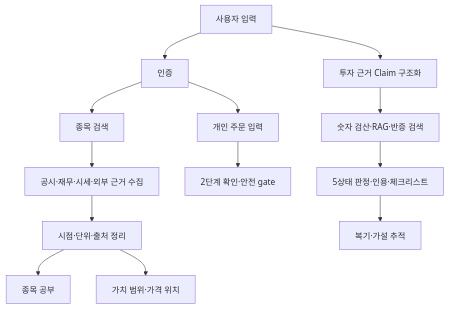
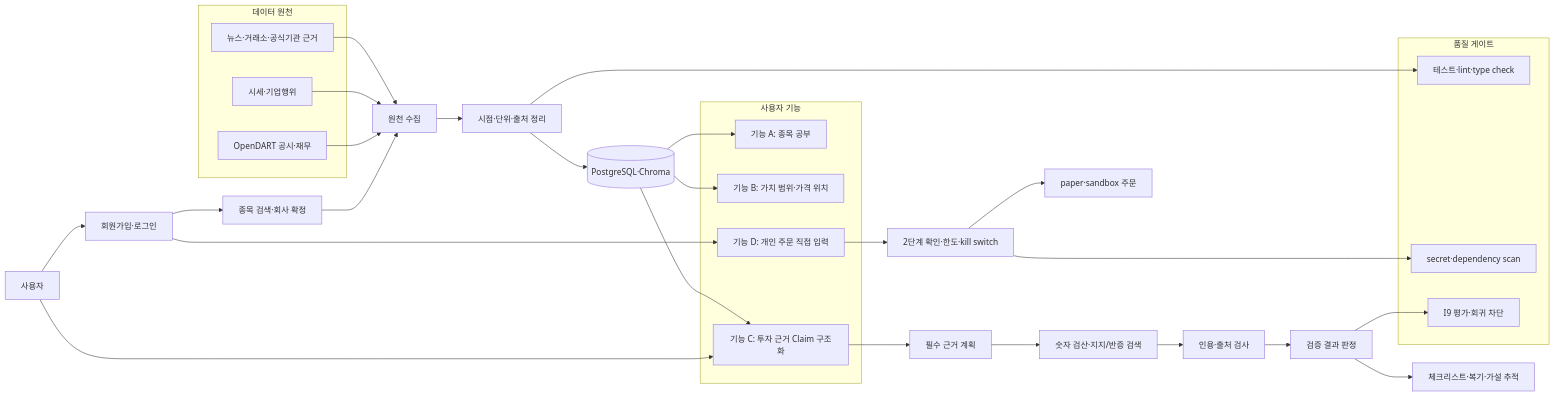
The diagram in README.md (connect-AIAgentChallenge-26-1/hub), drawn with Mermaid before and after one commit.

````diff
--- a/README.md
+++ b/README.md
@@ -17,15 +17,50 @@
 ```mermaid
-flowchart TD
-  User[사용자 입력] --> Auth[인증]
-  Auth --> Search[종목 검색]
-  Search --> Data[공시·재무·시세·외부 근거 수집]
-  Data --> Normalize[시점·단위·출처 정리]
-  Normalize --> Study[종목 공부]
-  Normalize --> Value[가치 범위·가격 위치]
-  User --> Claim[투자 근거 Claim 구조화]
-  Claim --> Verify[숫자 검산·RAG·반증 검색]
-  Verify --> Result[5상태 판정·인용·체크리스트]
-  Result --> Review[복기·가설 추적]
-  Auth --> Order[개인 주문 입력]
-  Order --> Guard[2단계 확인·안전 gate]
+flowchart LR
+  User[사용자] --> Auth[회원가입·로그인]
+  Auth --> Search[종목 검색·회사 확정]
+
+  subgraph Sources[데이터 원천]
+    Dart[OpenDART 공시·재무]
+    Market[시세·기업행위]
+    External[뉴스·거래소·공식기관 근거]
+  end
+
+  Search --> Collect[원천 수집]
+  Dart --> Collect
+  Market --> Collect
+  External --> Collect
+  Collect --> Normalize[시점·단위·출처 정리]
+  Normalize --> Store[(PostgreSQL·Chroma)]
+
+  subgraph Features[사용자 기능]
+    Study[기능 A: 종목 공부]
+    Value[기능 B: 가치 범위·가격 위치]
+    Claim[기능 C: 투자 근거 Claim 구조화]
+    Order[기능 D: 개인 주문 직접 입력]
+  end
+
+  Store --> Study
+  Store --> Value
+  User --> Claim
+  Store --> Claim
+  Auth --> Order
+
+  Claim --> Evidence[필수 근거 계획]
+  Evidence --> Check[숫자 검산·지지/반증 검색]
+  Check --> Citation[인용·출처 검사]
+  Citation --> Verdict[검증 결과 판정]
+  Verdict --> Review[체크리스트·복기·가설 추적]
+
+  Order --> Guard[2단계 확인·한도·kill switch]
+  Guard --> Paper[paper·sandbox 주문]
+
+  subgraph Quality[품질 게이트]
+    Tests[테스트·lint·type check]
+    Security[secret·dependency scan]
+    Eval[I9 평가·회귀 차단]
+  end
+
+  Normalize --> Tests
+  Verdict --> Eval
+  Guard --> Security
 ```
````
